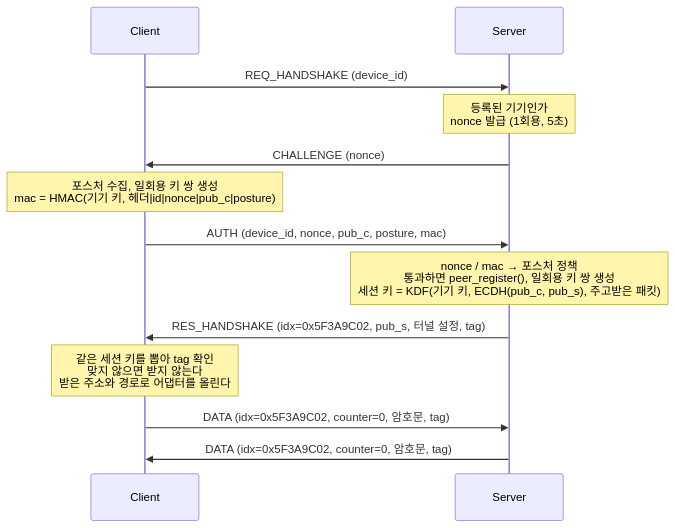
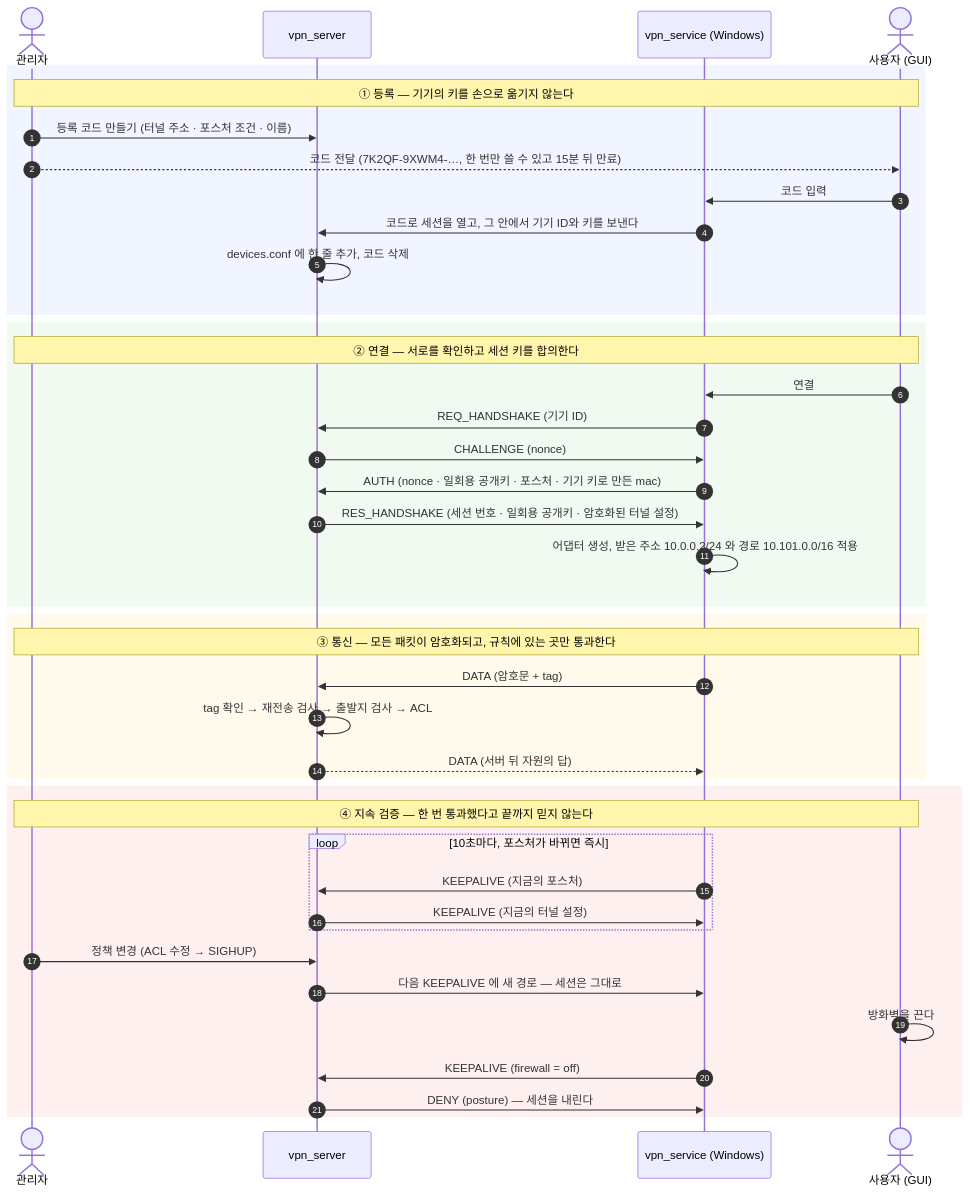
Before and after one commit to k1msatgat/my_vpn: the second of 4 diagrams in README.md, drawn with Mermaid. The commit also changed other lines of this file, not shown here.

````diff
--- a/README.md
+++ b/README.md
@@ -104,15 +77,47 @@
 ```mermaid
 sequenceDiagram
-    participant C as Client
-    participant S as Server
-    C->>S: REQ_HANDSHAKE (device_id)
-    Note over S: 등록된 기기인가<br/>nonce 발급 (1회용, 5초)
+    autonumber
+    actor A as 관리자
+    participant S as vpn_server
+    participant C as vpn_service (Windows)
+    actor U as 사용자 (GUI)
+
+    rect rgb(240, 245, 255)
+    Note over A,U: ① 등록 — 기기의 키를 손으로 옮기지 않는다
+    A->>S: 등록 코드 만들기 (터널 주소 · 포스처 조건 · 이름)
+    A-->>U: 코드 전달 (7K2QF-9XWM4-…, 한 번만 쓸 수 있고 15분 뒤 만료)
+    U->>C: 코드 입력
+    C->>S: 코드로 세션을 열고, 그 안에서 기기 ID와 키를 보낸다
+    S->>S: devices.conf 에 한 줄 추가, 코드 삭제
+    end
+
+    rect rgb(240, 250, 240)
+    Note over A,U: ② 연결 — 서로를 확인하고 세션 키를 합의한다
+    U->>C: 연결
+    C->>S: REQ_HANDSHAKE (기기 ID)
     S->>C: CHALLENGE (nonce)
-    Note over C: 포스처 수집, 일회용 키 쌍 생성<br/>mac = HMAC(기기 키, 헤더|id|nonce|pub_c|posture)
-    C->>S: AUTH (device_id, nonce, pub_c, posture, mac)
-    Note over S: nonce / mac → 포스처 정책<br/>통과하면 peer_register(), 일회용 키 쌍 생성<br/>세션 키 = KDF(기기 키, ECDH(pub_c, pub_s), 주고받은 패킷)
-    S->>C: RES_HANDSHAKE (idx=0x5F3A9C02, pub_s, 터널 설정, tag)
-    Note over C: 같은 세션 키를 뽑아 tag 확인<br/>맞지 않으면 받지 않는다<br/>받은 주소와 경로로 어댑터를 올린다
-    C->>S: DATA (idx=0x5F3A9C02, counter=0, 암호문, tag)
-    S->>C: DATA (idx=0x5F3A9C02, counter=0, 암호문, tag)
+    C->>S: AUTH (nonce · 일회용 공개키 · 포스처 · 기기 키로 만든 mac)
+    S->>C: RES_HANDSHAKE (세션 번호 · 일회용 공개키 · 암호화된 터널 설정)
+    C->>C: 어댑터 생성, 받은 주소 10.0.0.2/24 와 경로 10.101.0.0/16 적용
+    end
+
+    rect rgb(255, 250, 235)
+    Note over A,U: ③ 통신 — 모든 패킷이 암호화되고, 규칙에 있는 곳만 통과한다
+    C->>S: DATA (암호문 + tag)
+    S->>S: tag 확인 → 재전송 검사 → 출발지 검사 → ACL
+    S-->>C: DATA (서버 뒤 자원의 답)
+    end
+
+    rect rgb(255, 240, 240)
+    Note over A,U: ④ 지속 검증 — 한 번 통과했다고 끝까지 믿지 않는다
+    loop 10초마다, 포스처가 바뀌면 즉시
+        C->>S: KEEPALIVE (지금의 포스처)
+        S->>C: KEEPALIVE (지금의 터널 설정)
+    end
+    A->>S: 정책 변경 (ACL 수정 → SIGHUP)
+    S->>C: 다음 KEEPALIVE 에 새 경로 — 세션은 그대로
+    U->>U: 방화벽을 끈다
+    C->>S: KEEPALIVE (firewall = off)
+    S->>C: DENY (posture) — 세션을 내린다
+    end
 ```
````
